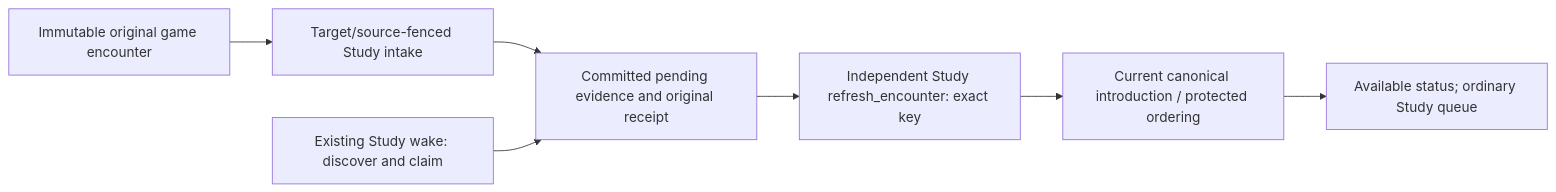
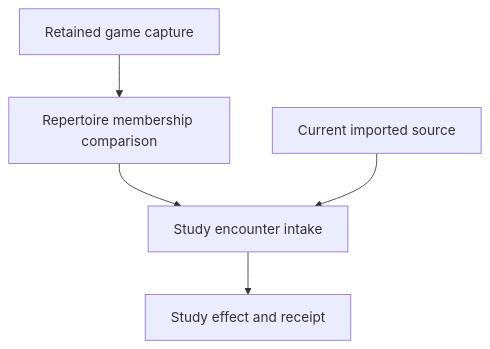
The diagram in backend/app/product_composition/encounters/README.md (aaweaver-actuary/tempo), drawn with Mermaid before and after one commit. The commit also changed other lines of this file and 878 other files, not shown here.

````diff
--- a/backend/app/product_composition/encounters/README.md
+++ b/backend/app/product_composition/encounters/README.md
@@ -179,9 +18,7 @@
 ```mermaid
-flowchart LR
-  Facts["Immutable original game encounter"] --> Intake["Target/source-fenced Study intake"]
-  Intake --> Pending["Committed pending evidence and original receipt"]
-  Wake["Existing Study wake: discover and claim"] --> Pending
-  Pending --> Refresh["Independent Study refresh_encounter: exact key"]
-  Refresh --> Admission["Current canonical introduction / protected ordering"]
-  Admission --> Available["Available status; ordinary Study queue"]
+flowchart TD
+  Capture["Retained game capture"] --> Comparison["Repertoire membership comparison"]
+  Comparison --> Intake["Study encounter intake"]
+  Source["Current imported source"] --> Intake
+  Intake --> Receipt["Study effect and receipt"]
 ```
````
